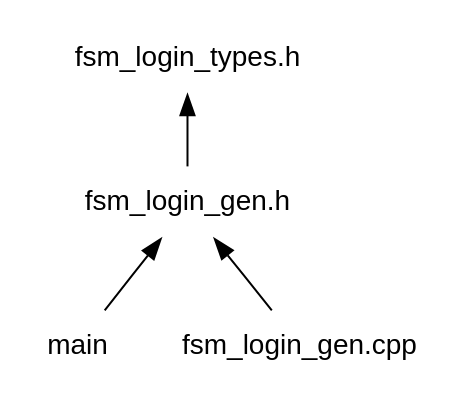
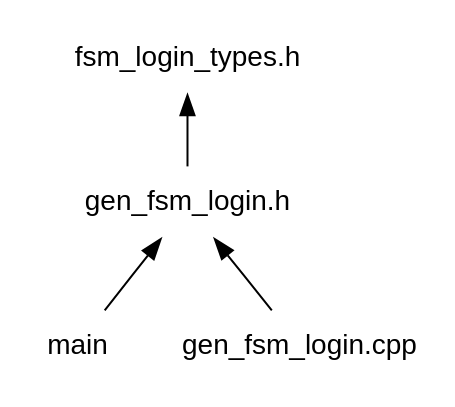
One commit to jleahred/fsm_gen changed the diagram in README.md. Above: the diagram before and after it, drawn with Graphviz. The commit also changed other lines of this file and 22 other files, not shown here.

````diff
--- a/README.md
+++ b/README.md
@@ -615,13 +619,13 @@
 ```dot
 digraph G {
 rankdir = BT;
   node [shape=plaintext fontname="Arial"];
 
-main -> "fsm_login_gen.h"
+main -> "gen_fsm_login.h"
 
-"fsm_login_gen.cpp" -> "fsm_login_gen.h"
+"gen_fsm_login.cpp" -> "gen_fsm_login.h"
 
-"fsm_login_gen.h" -> "fsm_login_types.h"
+"gen_fsm_login.h" -> "fsm_login_types.h"
 
 }
 ```
````
